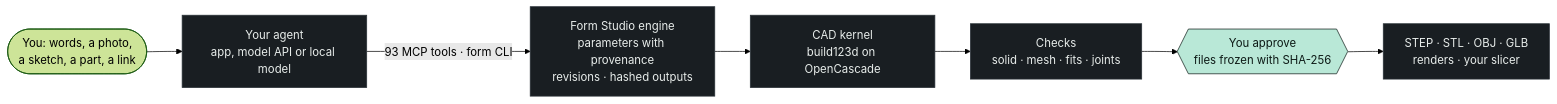
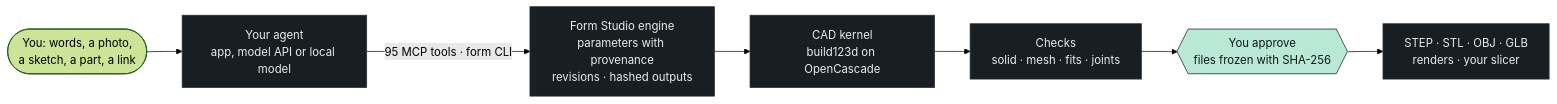
The diagram in README.md (kaizensx/form-studio), drawn with Mermaid (forest theme) before and after one commit. The commit also changed other lines of this file and 24 other files, not shown here.

Commit message:
Game assets in the app's engine: model_mesh and game_asset on the MCP server, the game purpose everywhere, an exploded normal bake, Unreal hull names after the LOD0 mesh, the runners packaged

````diff
--- a/README.md
+++ b/README.md
@@ -53,13 +53,13 @@
 ```mermaid
 flowchart LR
   you(["You: words, a photo,<br/>a sketch, a part, a link"]) --> agent["Your agent<br/>app, model API or local model"]
-  agent -- "93 MCP tools · form CLI" --> engine["Form Studio engine<br/>parameters with provenance<br/>revisions · hashed outputs"]
+  agent -- "95 MCP tools · form CLI" --> engine["Form Studio engine<br/>parameters with provenance<br/>revisions · hashed outputs"]
   engine --> kernel["CAD kernel<br/>build123d on OpenCascade"]
   kernel --> checks["Checks<br/>solid · mesh · fits · joints"]
   checks --> release{{"You approve<br/>files frozen with SHA-256"}}
   release --> out["STEP · STL · OBJ · GLB<br/>renders · your slicer"]
   classDef datum fill:#b9e8d7,stroke:#0d1a16,color:#0d1a16
   classDef plate fill:#191e22,stroke:#2a3238,color:#e8edeb
   class release datum
   class agent,engine,kernel,checks,out plate
 ```
````
